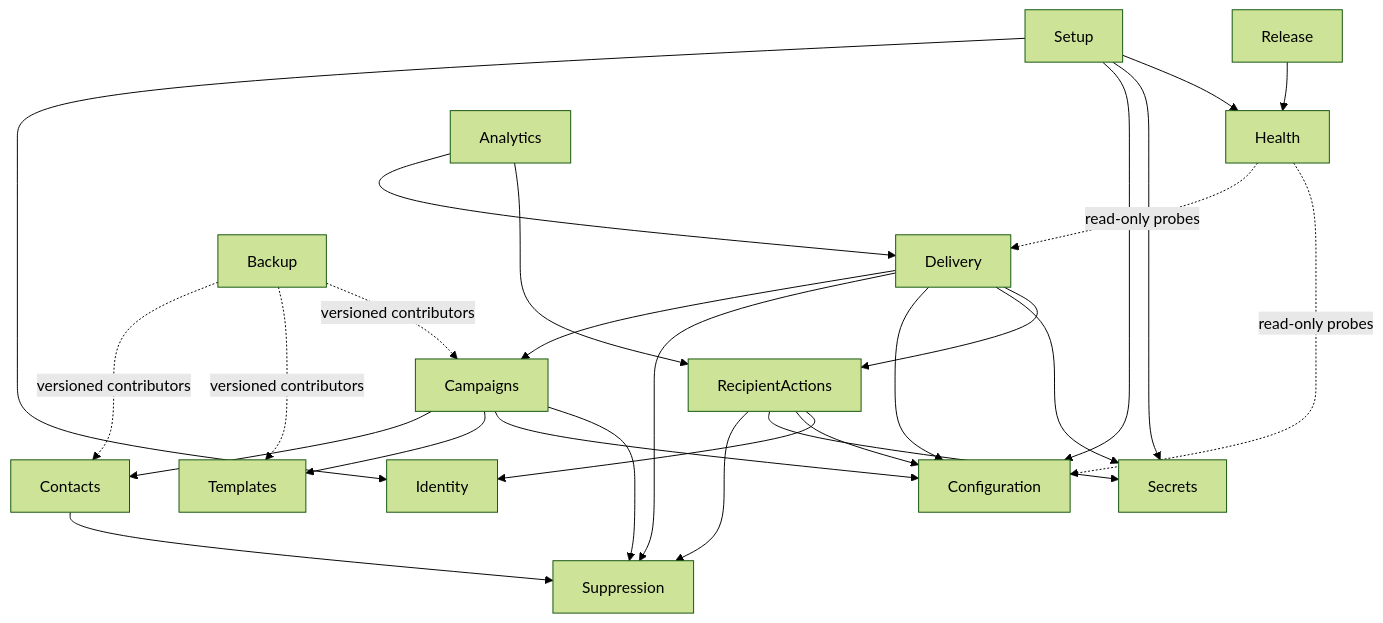
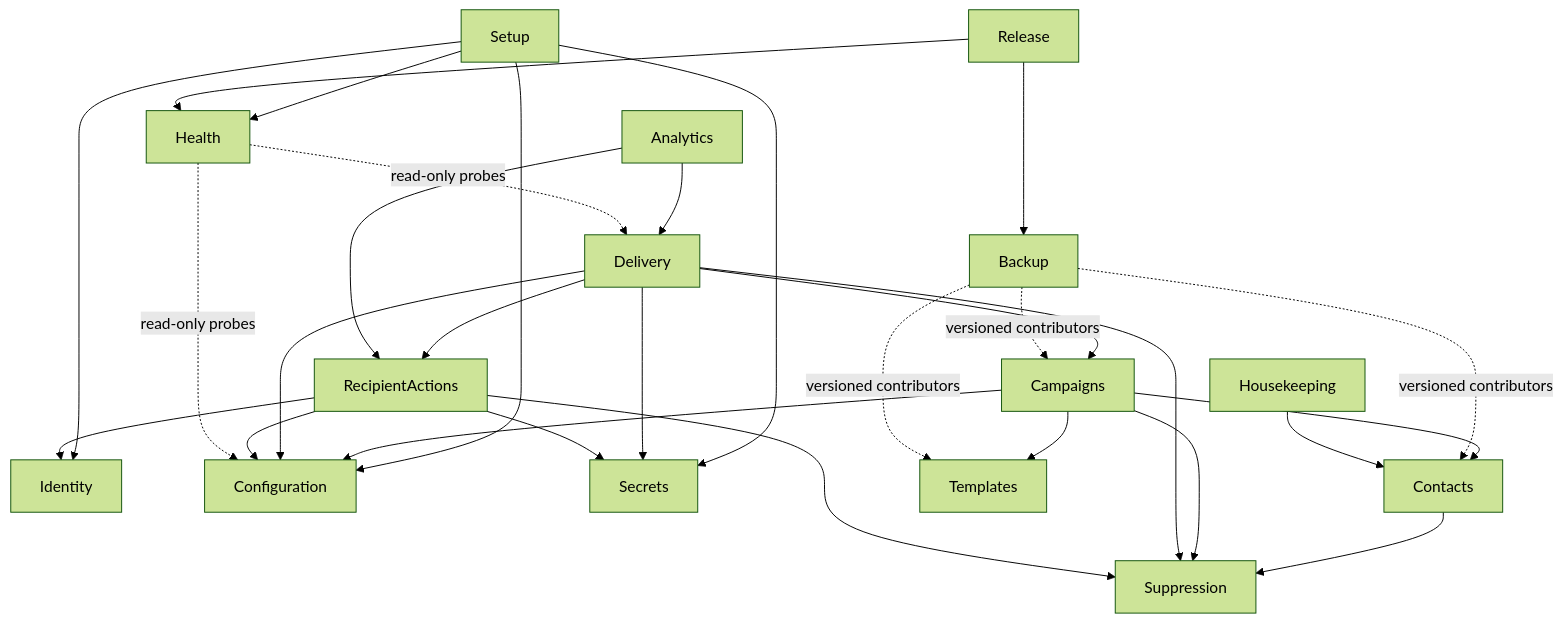
The diagram in docs/module-boundaries.md (Attory/emailer-next), drawn with Mermaid (forest theme) before and after one commit. The commit also changed other lines of this file and 115 other files, not shown here.

First line of the commit message:
Phase 8: MVP operations, backup, and release tooling (#10)

````diff
--- a/docs/module-boundaries.md
+++ b/docs/module-boundaries.md
@@ -58,29 +59,31 @@
 ```mermaid
 flowchart TD
     Setup --> Identity
     Setup --> Configuration
     Setup --> Secrets
     Setup --> Health
     Contacts --> Suppression
     Campaigns --> Contacts
     Campaigns --> Templates
     Campaigns --> Configuration
     Campaigns --> Suppression
     Delivery --> Campaigns
     Delivery --> Suppression
     Delivery --> Configuration
     Delivery --> Secrets
     Delivery --> RecipientActions
     RecipientActions --> Suppression
     RecipientActions --> Secrets
     RecipientActions --> Configuration
     RecipientActions --> Identity
     Analytics --> Delivery
     Analytics --> RecipientActions
     Health -. read-only probes .-> Delivery
     Health -. read-only probes .-> Configuration
     Backup -. versioned contributors .-> Contacts
     Backup -. versioned contributors .-> Templates
     Backup -. versioned contributors .-> Campaigns
     Release --> Health
+    Release --> Backup
+    Housekeeping --> Contacts
 ```
````
